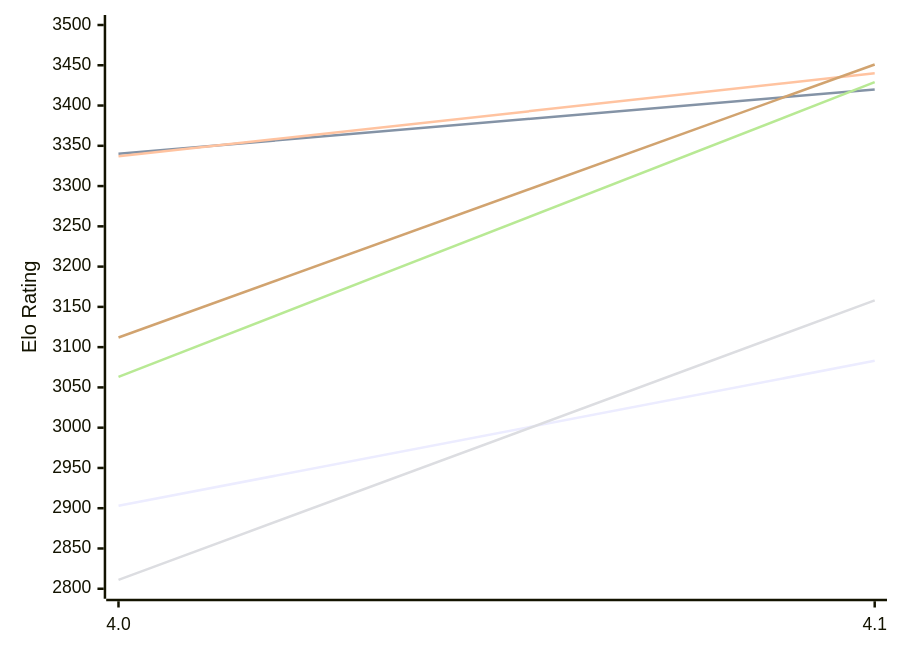
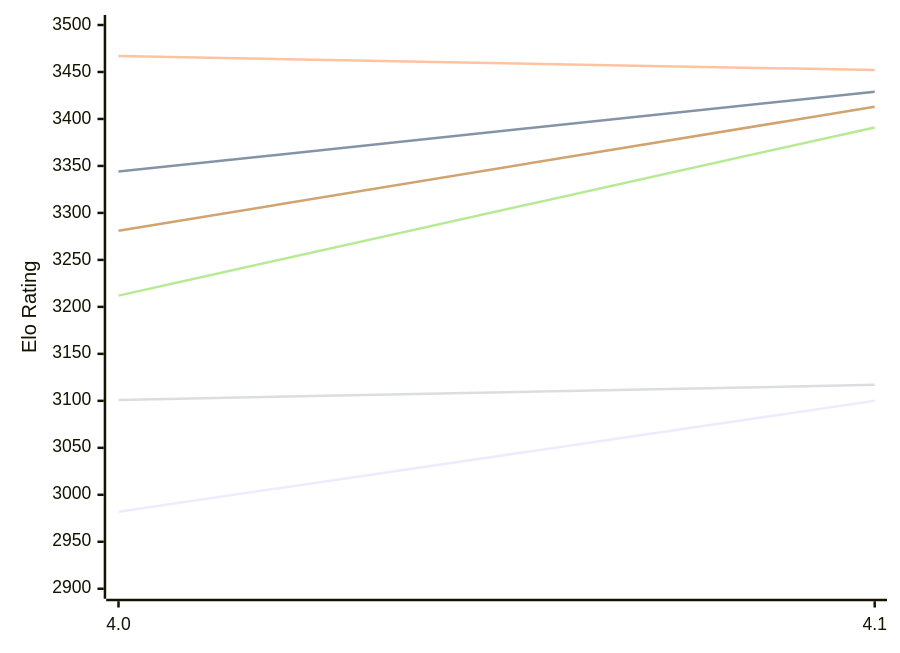
Before and after one commit to computer-chess-index/cci: the first of 2 diagrams in engines/Eleanor.md, drawn with Mermaid. The commit also changed other lines of this file, not shown here.

Commit message:
Update CCI Ratings (ELO VLTC) - 2026-11-14

````diff
--- a/engines/Eleanor.md
+++ b/engines/Eleanor.md
@@ -51,12 +51,12 @@
 ```mermaid
 %%{init: {"theme":"base","themeVariables":{"seriesColors:['#a3a3a3','#222221','#faa371']}}}%%
 xychart-beta
   x-axis ["4.0", "4.1"]
-  y-axis "Elo Rating" 2800 --> 3500
-  line "E1: STC (8.0+0.08s)" [2903, 3083]
-  line "E1: LTC (60.0+0.60s)" [3340, 3420]
-  line "E1: VLTC (2m24s+1.12s)" [3337, 3440]
-  line "P1: STC (8.0+0.08s)" [2811, 3158]
-  line "P1: LTC (60.0+0.60s)" [3063, 3429]
-  line "P1: VLTC (2m24s+1.12s)" [3112, 3451]
+  y-axis "Elo Rating" 2900 --> 3500
+  line "E1: STC (8.0+0.08s)" [2982, 3100]
+  line "E1: LTC (60.0+0.60s)" [3344, 3429]
+  line "E1: VLTC (2m24s+1.12s)" [3467, 3452]
+  line "P1: STC (8.0+0.08s)" [3101, 3117]
+  line "P1: LTC (60.0+0.60s)" [3212, 3391]
+  line "P1: VLTC (2m24s+1.12s)" [3281, 3413]
 ```
````
